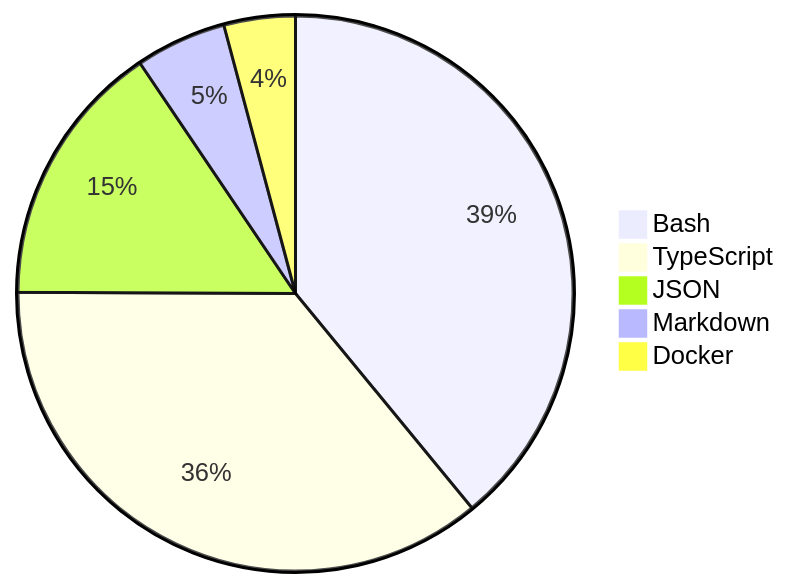
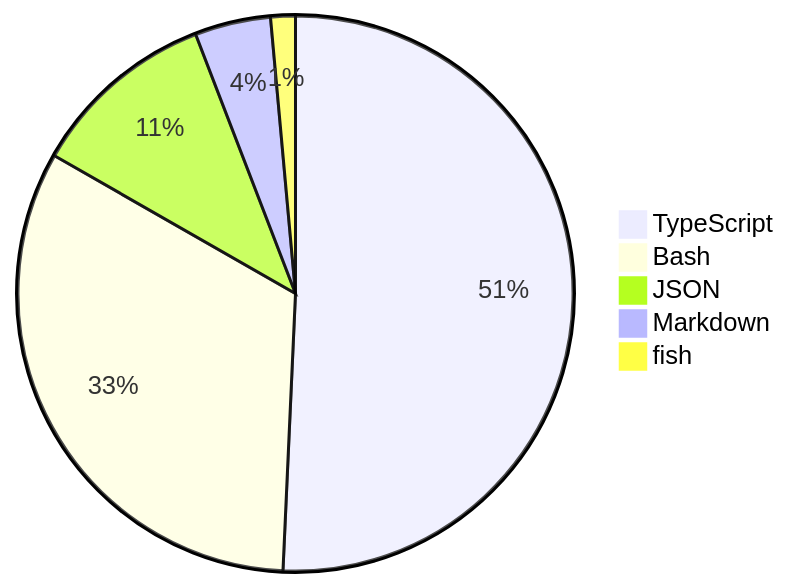
The diagram in README.md (skvggor/skvggor), drawn with Mermaid before and after one commit.

Commit message:
Updated waka-readme graph with new metrics

````diff
--- a/README.md
+++ b/README.md
@@ -28,8 +28,8 @@
 ```mermaid
 pie
-    "Bash" : 37.6
-    "TypeScript" : 34.7
-    "JSON" : 14.9
-    "Markdown" : 5.1
-    "Docker" : 4.0
+    "TypeScript" : 49.4
+    "Bash" : 31.7
+    "JSON" : 10.6
+    "Markdown" : 4.3
+    "fish" : 1.4
 ```
````
